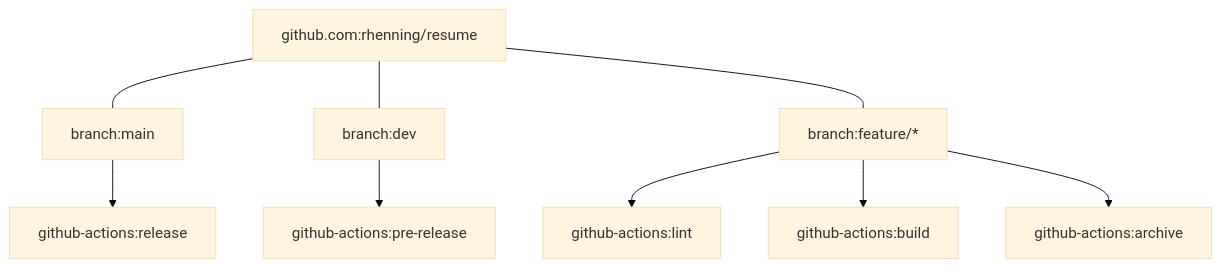
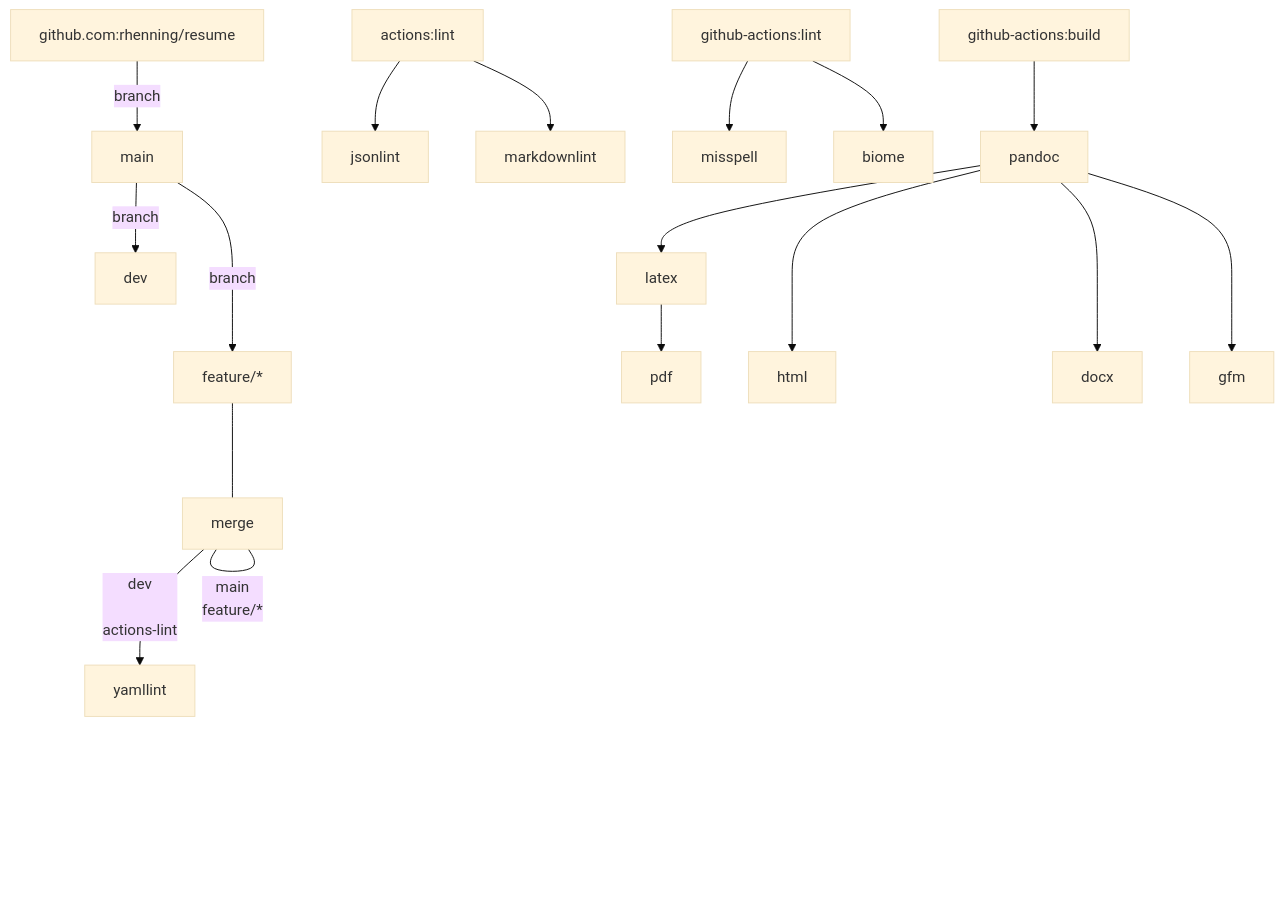
One commit to rhenning/resume changed the diagram in README.md. Above: the diagram before and after it, drawn with Mermaid (base theme). The commit also changed other lines of this file, not shown here.

````diff
--- a/README.md
+++ b/README.md
@@ -60,18 +67,21 @@
 ```mermaid
 flowchart TD
-  github.com:rhenning/resume --- branch:main
-  github.com:rhenning/resume --- branch:dev
-  github.com:rhenning/resume --- branch:feature/*
-  
-  branch:main --> github-actions:release
-  branch:dev --> github-actions:pre-release
-  branch:feature/* --> github-actions:lint
-  branch:feature/* --> github-actions:build
-  branch:feature/* --> github-actions:archive
+  github.com:rhenning/resume --branch--> main --branch--> dev
 
-  github-actions:lint
-  github-actions:build
-  github-actions:pre-release
-  github-actions:release
+  main --branch---> feature/*
+  feature/* <---merge-- main
+  feature/* <---merge-- dev
+
+  actions-lint --> yamllint
+  actions:lint --> jsonlint
+  actions:lint --> markdownlint
+  github-actions:lint --> misspell
+  github-actions:lint --> biome
+
+  github-actions:build --> pandoc
+  pandoc --> latex --> pdf
+  pandoc ---> html
+  pandoc ---> docx
+  pandoc ---> gfm
 
 ```
````
